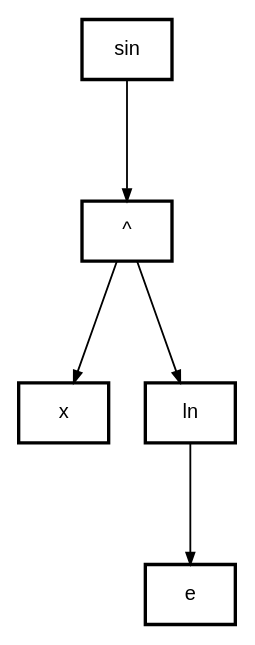
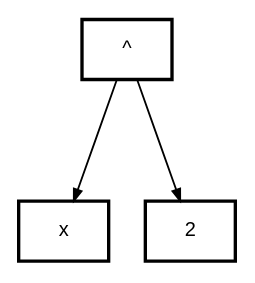
One commit to kefirRzevo/Differentiator changed the diagram in logfiles/res/tree0.dot. Above: the diagram before and after it, drawn with Graphviz. The commit also changed 15 other files, not shown here.

```diff
--- a/logfiles/res/tree0.dot
+++ b/logfiles/res/tree0.dot
@@ -1,29 +1,21 @@
 digraph G                                                                                          
 {                                                                                                  
 		bgcolor  = "#FFFFFF"                                                                         
 		compound = true                                                                                
 		newrank  = true                                                                                
 		graph[splines = polyline, nodesep = 0.3, ranksep = 1, rankdir = TB]                            
 		node[shape = record, style = "filled", penwidth = 2, color = "#000000", margin = 0.04,     
 		fontcolor = "#000000", fontsize = 12, fillcolor = "#FFFFFF", fontname = "Arial"]         
 		edge[arrowsize = 0.7, style = solid, penwidth = 1.1, color = "#CCCCCC"]                    
 
-		Node0x60000065d140[label = "sin"]
-		Node0x60000065d140 -> Node0x60000065d160[color = "black", fontname = "Arial"]
+		Node0x600000271120[label = "^"]
+		Node0x600000271120 -> Node0x600000271140[color = "black", fontname = "Arial"]
 
-		Node0x60000065d160[label = "^"]
-		Node0x60000065d160 -> Node0x60000065d180[color = "black", fontname = "Arial"]
+		Node0x600000271140[label = "x "]
 
-		Node0x60000065d180[label = "x "]
+		Node0x600000271120 -> Node0x600000271160[color = "black", fontname = "Arial"]
 
-		Node0x60000065d160 -> Node0x60000065d1a0[color = "black", fontname = "Arial"]
-
-		Node0x60000065d1a0[label = "ln"]
-		Node0x60000065d1a0 -> Node0x60000065d1c0[color = "black", fontname = "Arial"]
-
-		Node0x60000065d1c0[label = "e "]
-
-
+		Node0x600000271160[label = "2 "]
 
 
 }
```
